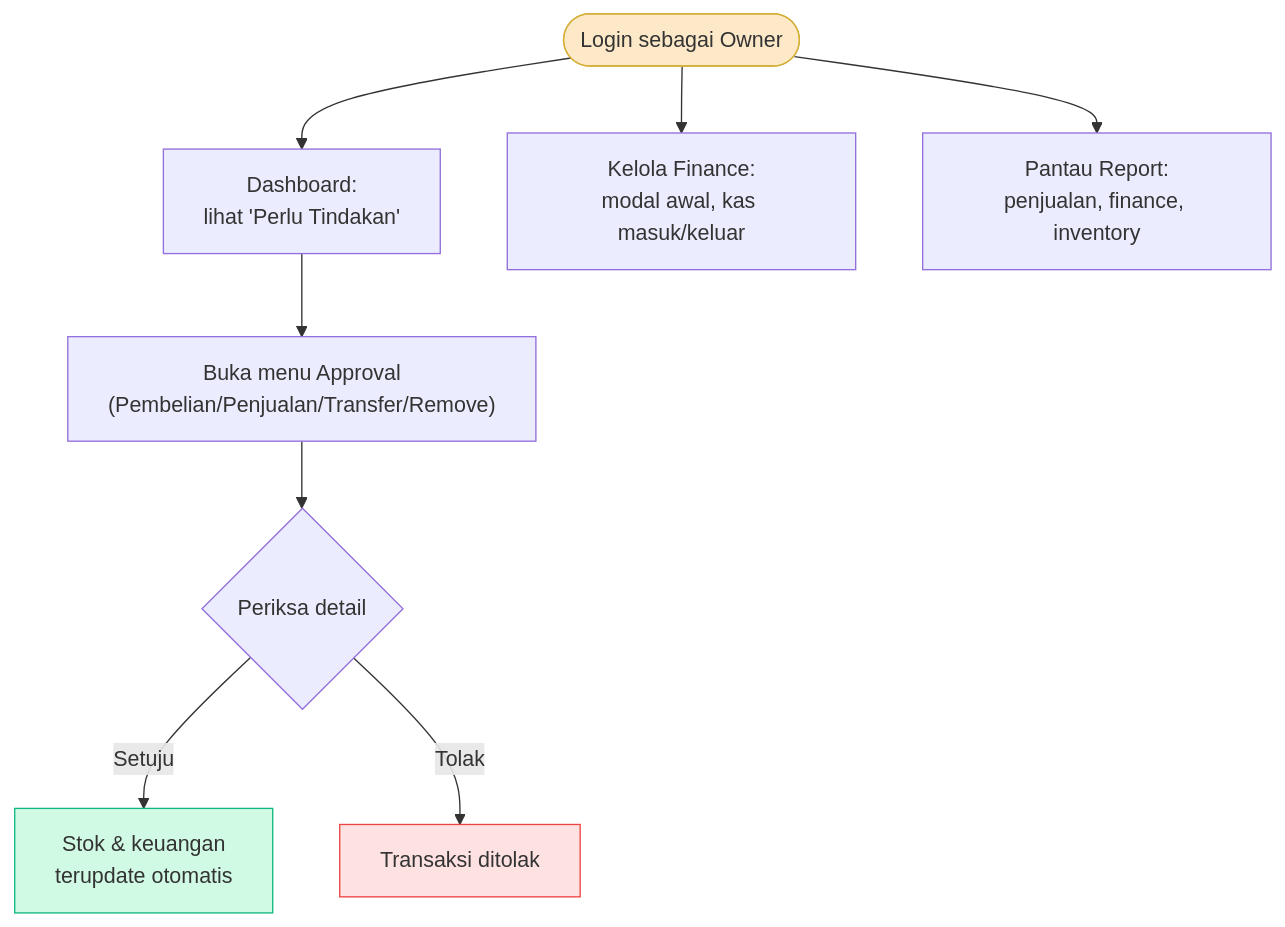
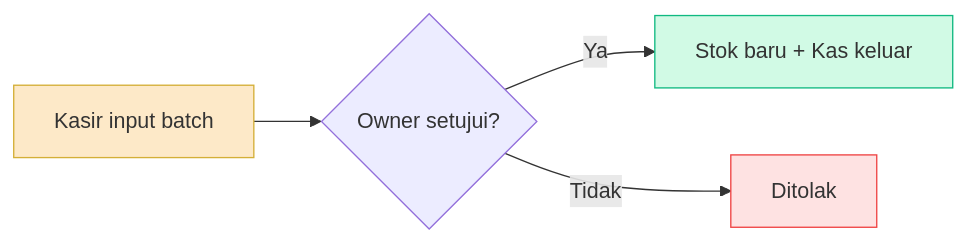
One commit to Armand96/toko_emas changed the second of 8 diagrams in MANUAL_BOOK.md. Above: the diagram before and after it, drawn with Mermaid. The commit also changed other lines of this file and 14 other files, not shown here.

````diff
--- a/MANUAL_BOOK.md
+++ b/MANUAL_BOOK.md
@@ -238,13 +81,9 @@
 ```mermaid
-flowchart TD
-    Start([Login sebagai Owner]) --> Dash["Dashboard:<br/>lihat 'Perlu Tindakan'"]
-    Dash --> Approve["Buka menu Approval<br/>(Pembelian/Penjualan/Transfer/Remove)"]
-    Approve --> Periksa{Periksa detail}
-    Periksa -->|Setuju| Dampak[Stok & keuangan<br/>terupdate otomatis]
-    Periksa -->|Tolak| Batal[Transaksi ditolak]
-    Start --> Fin[Kelola Finance:<br/>modal awal, kas masuk/keluar]
-    Start --> Rep[Pantau Report:<br/>penjualan, finance, inventory]
-    style Start fill:#fde9c8,stroke:#d4af37
-    style Dampak fill:#d1fae5,stroke:#10b981
-    style Batal fill:#fee2e2,stroke:#ef4444
+flowchart LR
+    A[Kasir input batch] --> B{Owner setujui?}
+    B -->|Ya| C[Stok baru + Kas keluar]
+    B -->|Tidak| D[Ditolak]
+    style A fill:#fde9c8,stroke:#d4af37
+    style C fill:#d1fae5,stroke:#10b981
+    style D fill:#fee2e2,stroke:#ef4444
 ```
````
